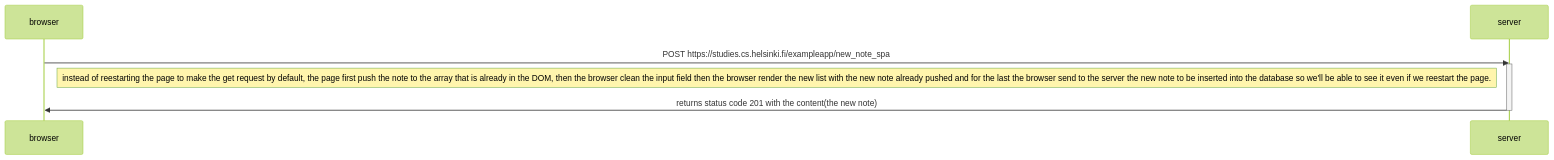
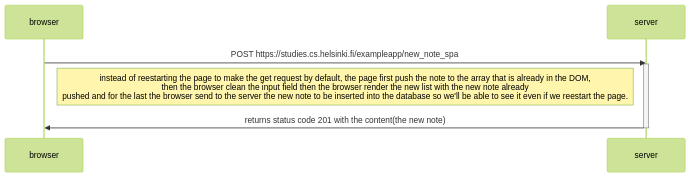
The diagram in part0/exc_0.6.md (grichal/full-stack-submissions), drawn with Mermaid (forest theme) before and after one commit.

Commit message:
part0 text fixed

````diff
--- a/part0/exc_0.6.md
+++ b/part0/exc_0.6.md
@@ -1,14 +1,14 @@
 ```mermaid 
     sequenceDiagram 
 
     participant browser
     participant browser
 
     browser->>server:POST https://studies.cs.helsinki.fi/exampleapp/new_note_spa
     activate server
 
-    note right of browser: instead of reestarting the page to make the get request by default, the page first push the note to the array that is already in the DOM, then the browser clean the input field then the browser render the new list with the new note already pushed and for the last the browser send to the server the new note to be inserted into the database so we'll be able to see it even if we reestart the page.
+    note right of browser: instead of reestarting the page to make the get request by default, the page first push the note to the array that is already in the DOM, <br> then the browser clean the input field then the browser render the new list with the new note already <br> pushed and for the last the browser send to the server the new note to be inserted into the database so we'll be able to see it even if we reestart the page.
 
     server->>browser: returns status code 201 with the content(the new note)
     deactivate server
 ```
````
